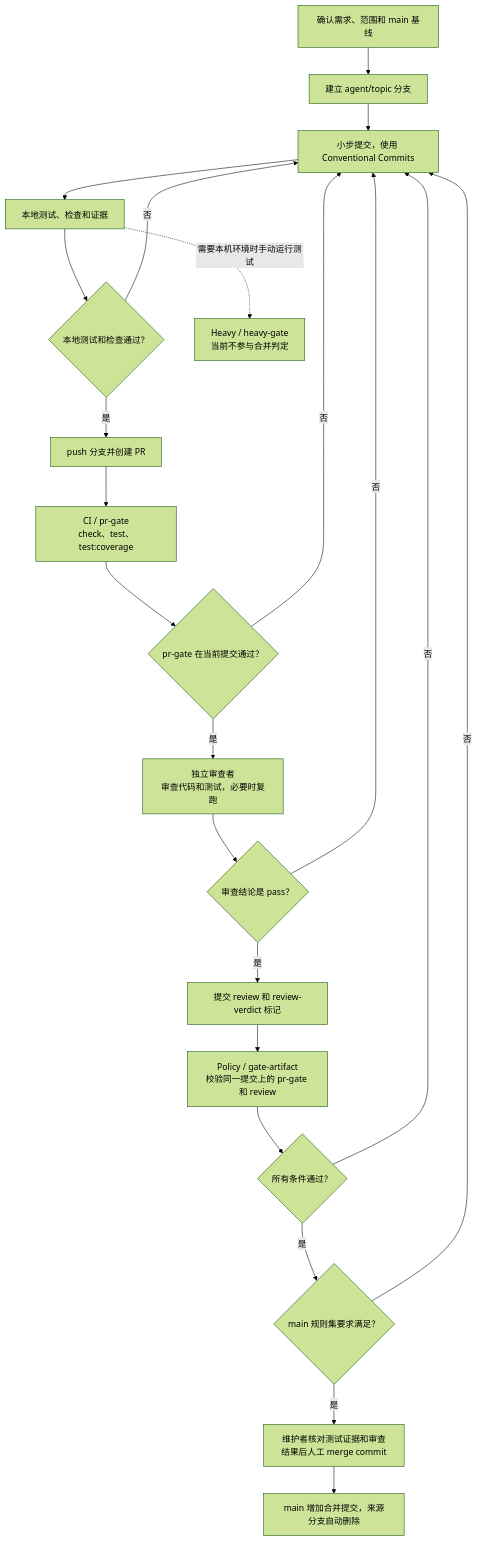
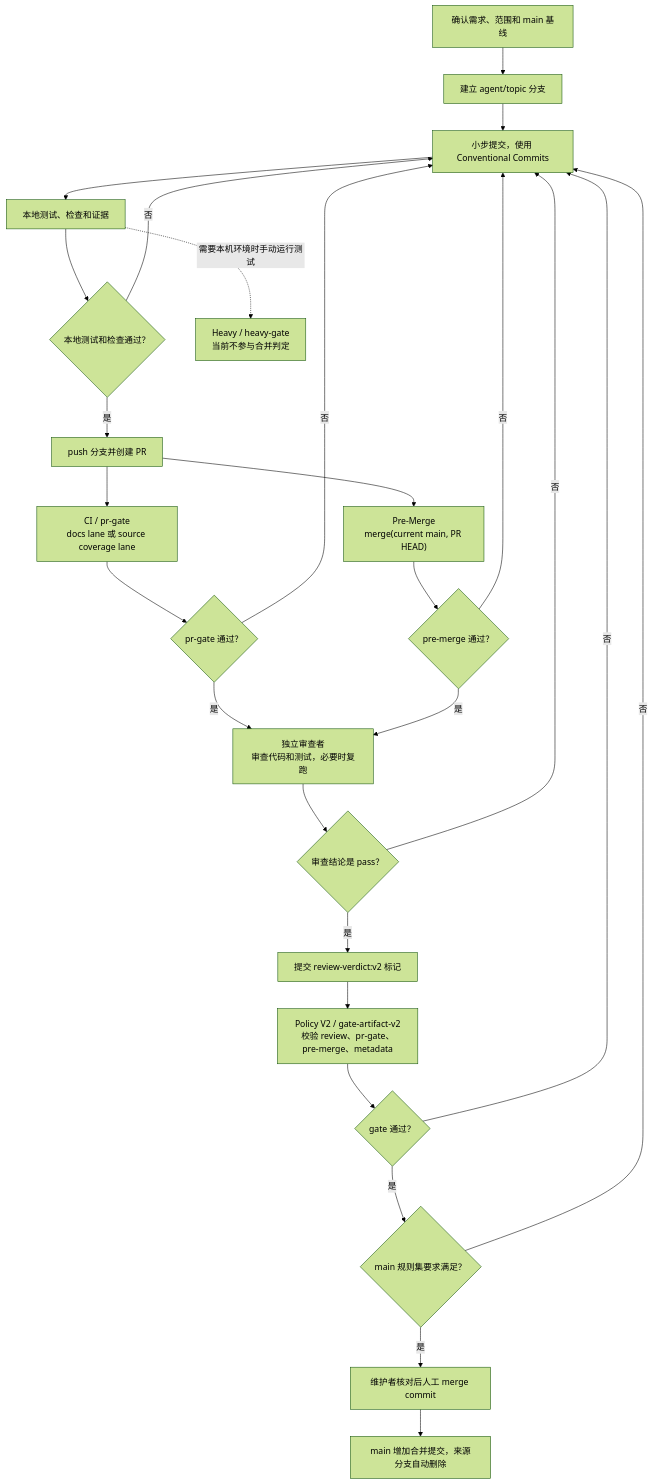
One commit to leigangzhang/dsh-cowork changed the first of 4 diagrams in docs/github-workflow.md. Above: the diagram before and after it, drawn with Mermaid (forest theme). The commit also changed other lines of this file and 24 other files, not shown here.

First line of the commit message:
ci(policy): add pre-merge and derived gate

````diff
--- a/docs/github-workflow.md
+++ b/docs/github-workflow.md
@@ -39,25 +41,29 @@
 ```mermaid
 flowchart TD
   A["确认需求、范围和 main 基线"] --> B["建立 agent/topic 分支"]
   B --> C["小步提交，使用 Conventional Commits"]
   C --> D["本地测试、检查和证据"]
   D --> E{"本地测试和检查通过？"}
   E -- 否 --> C
   E -- 是 --> F["push 分支并创建 PR"]
-  F --> G["CI / pr-gate<br/>check、test、test:coverage"]
-  G --> H{"pr-gate 在当前提交通过？"}
+  F --> G["CI / pr-gate<br/>docs lane 或 source coverage lane"]
+  F --> P["Pre-Merge<br/>merge(current main, PR HEAD)"]
+  G --> H{"pr-gate 通过？"}
+  P --> Q{"pre-merge 通过？"}
   H -- 否 --> C
+  Q -- 否 --> C
   H -- 是 --> I["独立审查者<br/>审查代码和测试，必要时复跑"]
+  Q -- 是 --> I
   I --> J{"审查结论是 pass？"}
   J -- 否 --> C
-  J -- 是 --> K["提交 review 和 review-verdict 标记"]
-  K --> L["Policy / gate-artifact<br/>校验同一提交上的 pr-gate 和 review"]
-  L --> M{"所有条件通过？"}
+  J -- 是 --> K["提交 review-verdict:v2 标记"]
+  K --> L["Policy V2 / gate-artifact-v2<br/>校验 review、pr-gate、pre-merge、metadata"]
+  L --> M{"gate 通过？"}
   M -- 否 --> C
   M -- 是 --> N{"main 规则集要求满足？"}
   N -- 否 --> C
-  N -- 是 --> O["维护者核对测试证据和审查结果后人工 merge commit"]
-  O --> P["main 增加合并提交，来源分支自动删除"]
+  N -- 是 --> O["维护者核对后人工 merge commit"]
+  O --> R["main 增加合并提交，来源分支自动删除"]
 
   D -. 需要本机环境时手动运行测试 .-> X["Heavy / heavy-gate<br/>当前不参与合并判定"]
 ```
````
